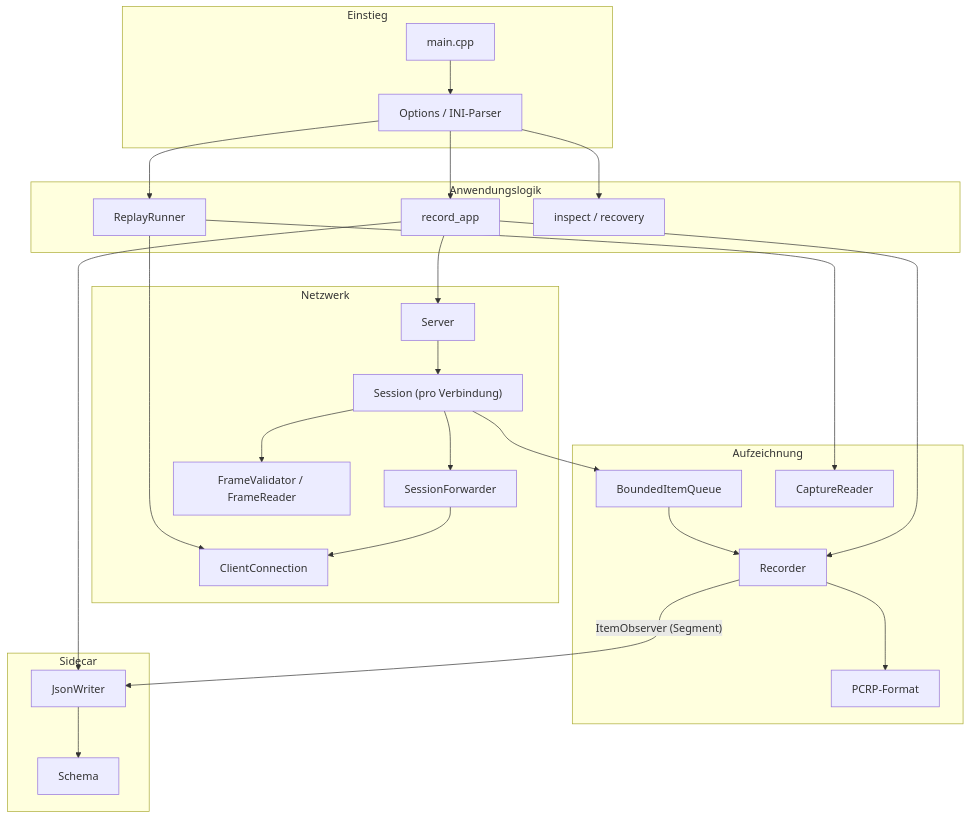
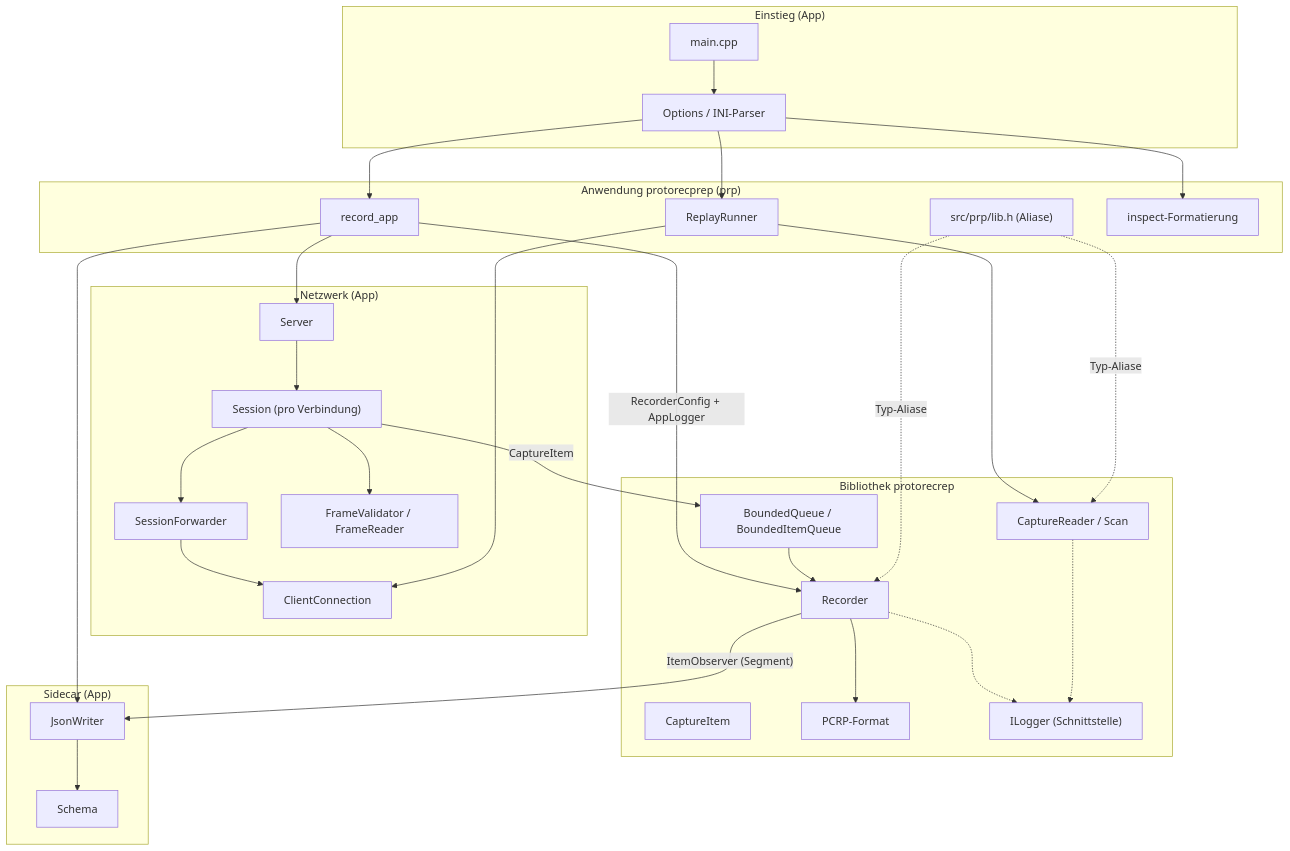
Before and after one commit to chriswit68/protorecprep: the second of 17 diagrams in doc/software-design.md, drawn with Mermaid. The commit also changed other lines of this file and 42 other files, not shown here.

````diff
--- a/doc/software-design.md
+++ b/doc/software-design.md
@@ -214,52 +238,59 @@
 ```mermaid
 flowchart TB
-  subgraph entry["Einstieg"]
+  subgraph entry["Einstieg (App)"]
     MAIN["main.cpp"]
     CLI["Options / INI-Parser"]
   end
 
-  subgraph app["Anwendungslogik"]
+  subgraph app["Anwendung protorecprep (prp)"]
+    ALIAS["src/prp/lib.h (Aliase)"]
     RECAPP["record_app"]
     REPLAY["ReplayRunner"]
-    INSPECT["inspect / recovery"]
+    INSPECT["inspect-Formatierung"]
   end
 
-  subgraph net["Netzwerk"]
+  subgraph net["Netzwerk (App)"]
     SERVER["Server"]
     SESSION["Session (pro Verbindung)"]
     FWD["SessionForwarder"]
     CLIENT["ClientConnection"]
     FRAMER["FrameValidator / FrameReader"]
   end
 
-  subgraph capture["Aufzeichnung"]
+  subgraph lib["Bibliothek protorecrep"]
+    CAPITEM["CaptureItem"]
+    QUEUE["BoundedQueue / BoundedItemQueue"]
     REC["Recorder"]
-    QUEUE["BoundedItemQueue"]
     FORMAT["PCRP-Format"]
-    READER["CaptureReader"]
+    READER["CaptureReader / Scan"]
+    LOGGER["ILogger (Schnittstelle)"]
   end
 
-  subgraph sidecar["Sidecar"]
+  subgraph sidecar["Sidecar (App)"]
     JSON["JsonWriter"]
     SCHEMA["Schema"]
   end
 
   MAIN --> CLI
   CLI --> RECAPP
   CLI --> REPLAY
   CLI --> INSPECT
   RECAPP --> SERVER
-  RECAPP --> REC
+  RECAPP -->|"RecorderConfig + AppLogger"| REC
   RECAPP --> JSON
   SERVER --> SESSION
   SESSION --> FRAMER
   SESSION --> FWD
-  SESSION --> QUEUE
+  SESSION -->|"CaptureItem"| QUEUE
   QUEUE --> REC
   REC --> FORMAT
   REC -->|"ItemObserver (Segment)"| JSON
+  REC -.-> LOGGER
+  READER -.-> LOGGER
   JSON --> SCHEMA
   FWD --> CLIENT
   REPLAY --> READER
   REPLAY --> CLIENT
+  ALIAS -.->|"Typ-Aliase"| REC
+  ALIAS -.->|"Typ-Aliase"| READER
 ```
````
